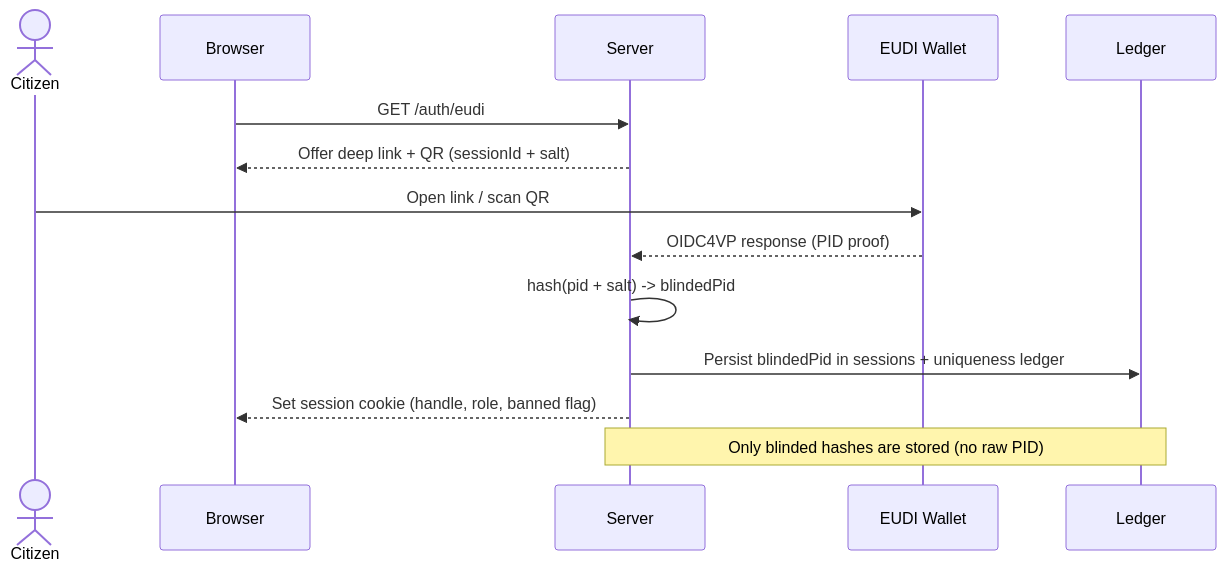
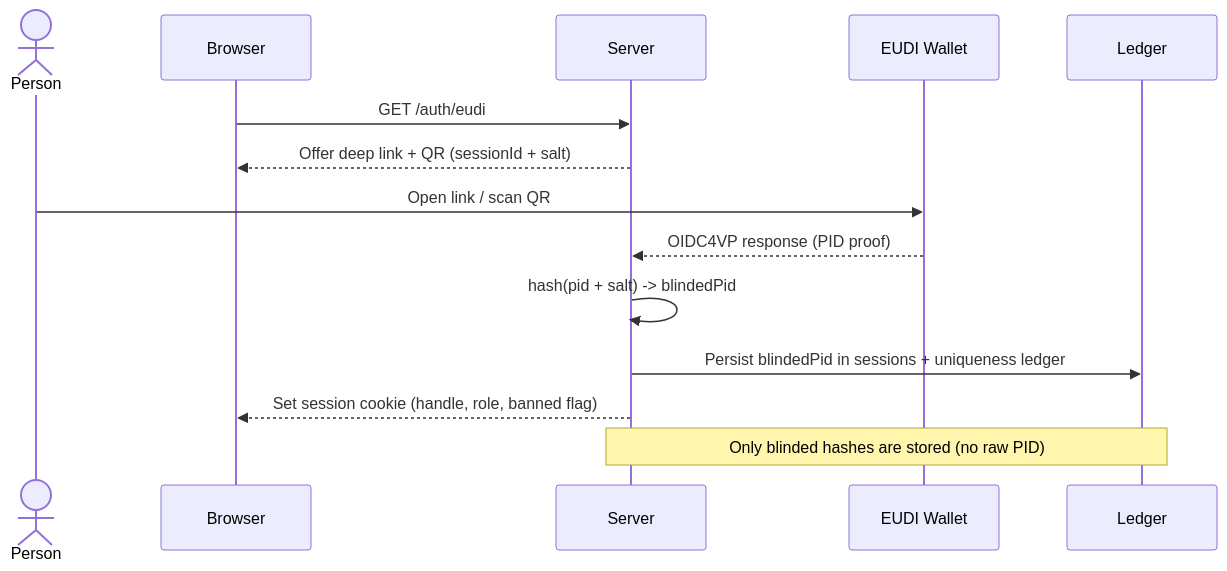
One commit to cekkr/representative-party-web changed the first of 2 diagrams in README.md. Above: the diagram before and after it, drawn with Mermaid. The commit also changed other lines of this file and 44 other files, not shown here.

````diff
--- a/README.md
+++ b/README.md
@@ -41,16 +41,16 @@
 ```mermaid
 sequenceDiagram
-  actor Citizen
+  actor Person
   participant Browser
   participant Server
   participant Wallet as EUDI Wallet
   participant Ledger
   Browser->>Server: GET /auth/eudi
   Server-->>Browser: Offer deep link + QR (sessionId + salt)
-  Citizen->>Wallet: Open link / scan QR
+  Person->>Wallet: Open link / scan QR
   Wallet-->>Server: OIDC4VP response (PID proof)
   Server->>Server: hash(pid + salt) -> blindedPid
   Server->>Ledger: Persist blindedPid in sessions + uniqueness ledger
   Server-->>Browser: Set session cookie (handle, role, banned flag)
   Note over Server,Ledger: Only blinded hashes are stored (no raw PID)
 ```
````
